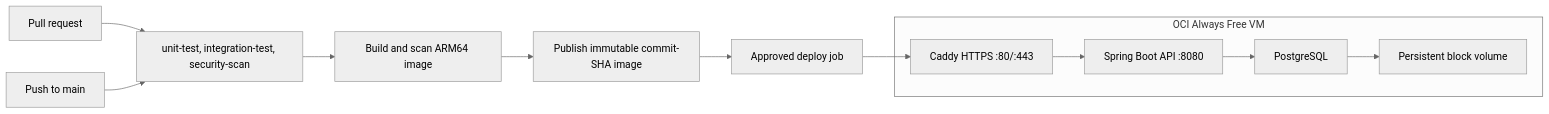
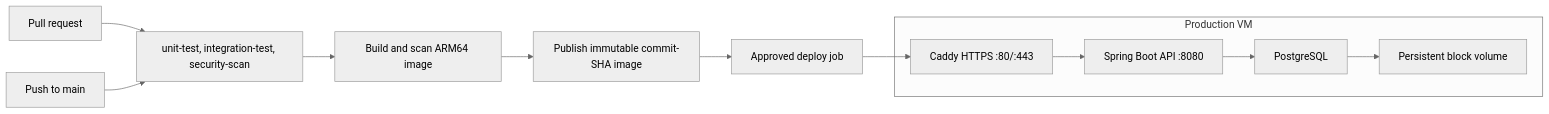
Before and after one commit to kyledelfin2006/libro-library-system: the diagram in docs/devops/ci-cd.md, drawn with Mermaid (neutral theme). The commit also changed other lines of this file and 17 other files, not shown here.

````diff
--- a/docs/devops/ci-cd.md
+++ b/docs/devops/ci-cd.md
@@ -19,14 +19,14 @@
 ```mermaid
 flowchart LR
     PR[Pull request] --> CI[unit-test, integration-test, security-scan]
     Main[Push to main] --> CI
     CI --> Image[Build and scan ARM64 image]
     Image --> Registry[Publish immutable commit-SHA image]
     Registry --> Deploy[Approved deploy job]
-    subgraph OCI[OCI Always Free VM]
+    subgraph VM[Production VM]
         Caddy[Caddy HTTPS :80/:443] --> API[Spring Boot API :8080]
         API --> DB[PostgreSQL]
         DB --> Volume[Persistent block volume]
     end
     Deploy --> Caddy
 ```
````
